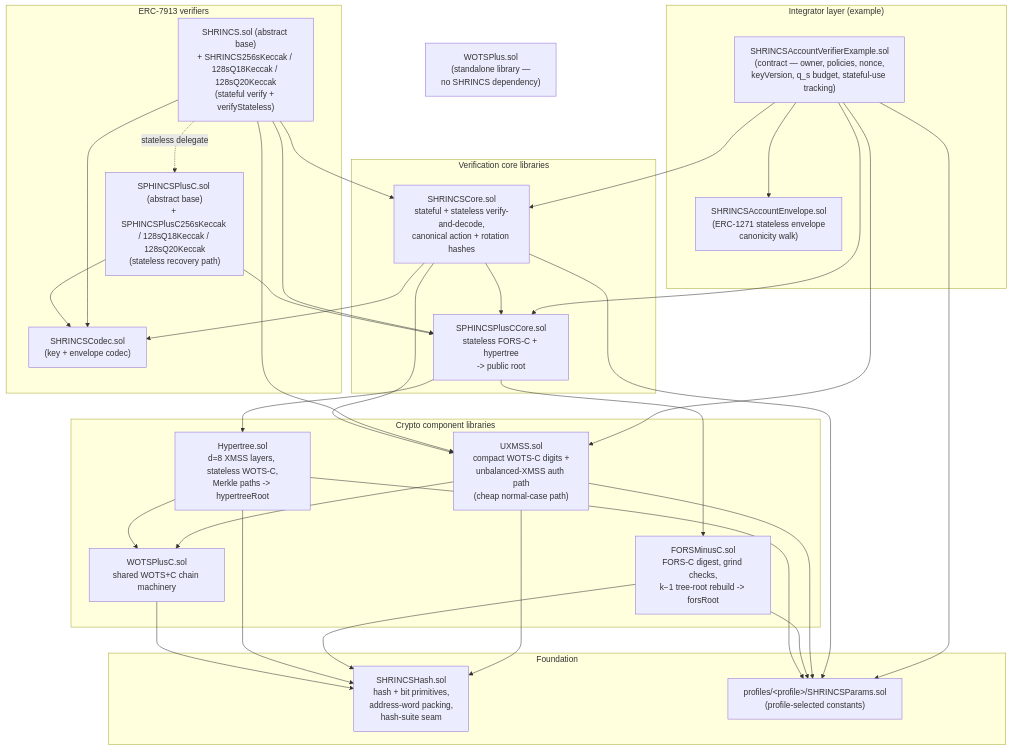
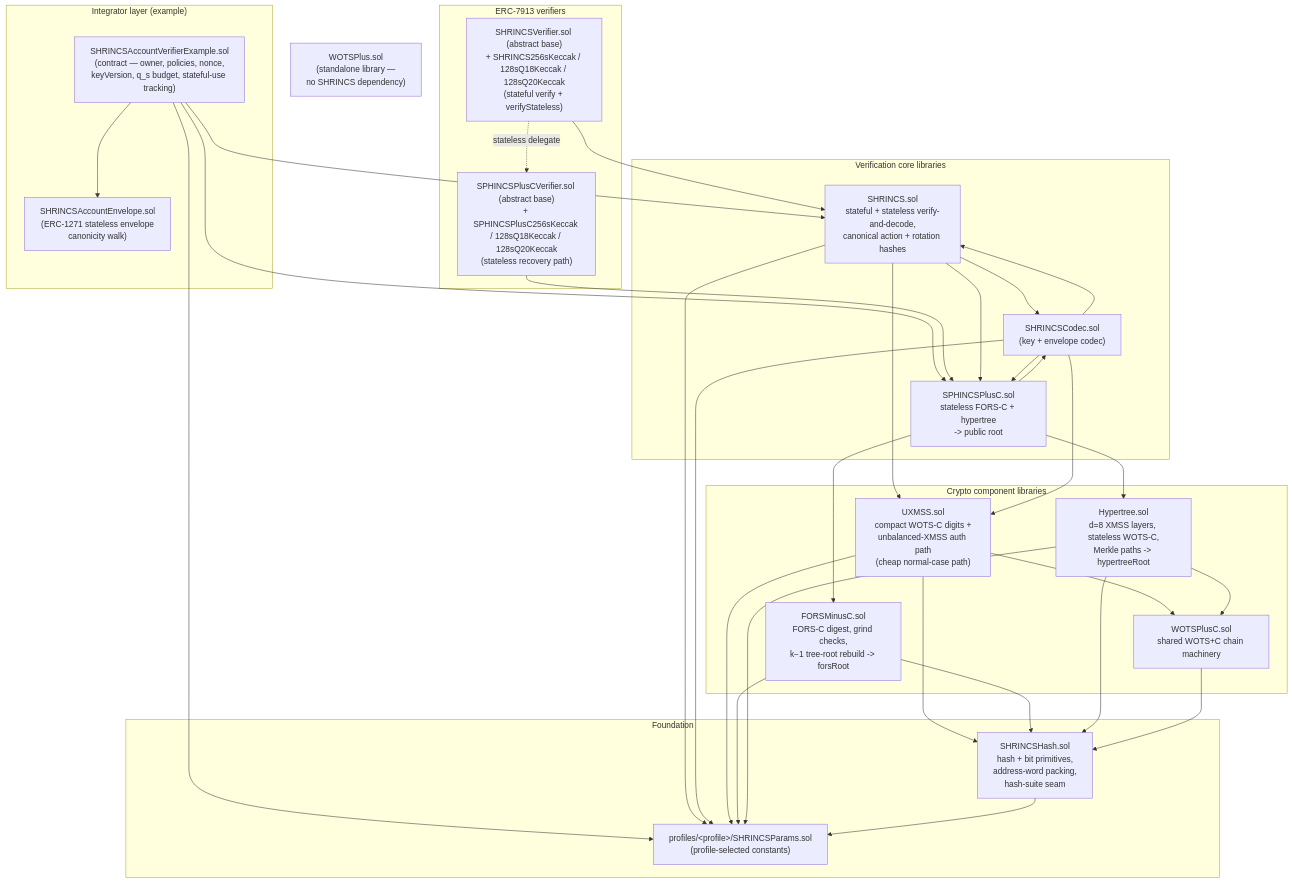
The first of 2 diagrams in README.md (QuipNetwork/hashsigs-solidity), drawn with Mermaid before and after one commit. The commit also changed other lines of this file and 2 other files, not shown here.

````diff
--- a/README.md
+++ b/README.md
@@ -149,60 +149,61 @@
 ```mermaid
 graph TD
     subgraph "Integrator layer (example)"
         EX["SHRINCSAccountVerifierExample.sol<br/>(contract — owner, policies, nonce,<br/>keyVersion, q_s budget, stateful-use tracking)"]
         EN["SHRINCSAccountEnvelope.sol<br/>(ERC-1271 stateless envelope<br/>canonicity walk)"]
     end
 
     subgraph "ERC-7913 verifiers"
-        VF["SHRINCS.sol (abstract base)<br/>+ SHRINCS256sKeccak / 128sQ18Keccak / 128sQ20Keccak<br/>(stateful verify + verifyStateless)"]
-        SP["SPHINCSPlusC.sol (abstract base)<br/>+ SPHINCSPlusC256sKeccak / 128sQ18Keccak / 128sQ20Keccak<br/>(stateless recovery path)"]
-        CO["SHRINCSCodec.sol<br/>(key + envelope codec)"]
+        VF["SHRINCSVerifier.sol (abstract base)<br/>+ SHRINCS256sKeccak / 128sQ18Keccak / 128sQ20Keccak<br/>(stateful verify + verifyStateless)"]
+        SP["SPHINCSPlusCVerifier.sol (abstract base)<br/>+ SPHINCSPlusC256sKeccak / 128sQ18Keccak / 128sQ20Keccak<br/>(stateless recovery path)"]
     end
 
     subgraph "Verification core libraries"
-        FA["SHRINCSCore.sol<br/>stateful + stateless verify-and-decode,<br/>canonical action + rotation hashes"]
-        SC["SPHINCSPlusCCore.sol<br/>stateless FORS-C + hypertree<br/>-> public root"]
+        FA["SHRINCS.sol<br/>stateful + stateless verify-and-decode,<br/>canonical action + rotation hashes"]
+        SC["SPHINCSPlusC.sol<br/>stateless FORS-C + hypertree<br/>-> public root"]
+        CO["SHRINCSCodec.sol<br/>(key + envelope codec)"]
     end
 
     subgraph "Crypto component libraries"
         ST["UXMSS.sol<br/>compact WOTS-C digits +<br/>unbalanced-XMSS auth path<br/>(cheap normal-case path)"]
         FO["FORSMinusC.sol<br/>FORS-C digest, grind checks,<br/>k−1 tree-root rebuild -> forsRoot"]
         HY["Hypertree.sol<br/>d=8 XMSS layers, stateless WOTS-C,<br/>Merkle paths -> hypertreeRoot"]
         WC["WOTSPlusC.sol<br/>shared WOTS+C chain machinery"]
     end
 
     subgraph "Foundation"
         HH["SHRINCSHash.sol<br/>hash + bit primitives,<br/>address-word packing,<br/>hash-suite seam"]
         PA["profiles/&lt;profile&gt;/SHRINCSParams.sol<br/>(profile-selected constants)"]
     end
 
     WP["WOTSPlus.sol<br/>(standalone library —<br/>no SHRINCS dependency)"]
 
     EX --> FA
     EX --> SC
-    EX --> ST
     EX --> PA
     EX --> EN
-    VF --> CO
     VF --> FA
-    VF --> ST
-    VF --> SC
     VF -. stateless delegate .-> SP
-    SP --> CO
     SP --> SC
     FA --> CO
     FA --> ST
     FA --> SC
+    FA --> PA
+    CO --> FA
+    CO --> ST
+    CO --> SC
+    CO --> PA
     SC --> FO
     SC --> HY
+    SC --> CO
     ST --> WC
+    ST --> HH
+    ST --> PA
+    FO --> HH
+    FO --> PA
     HY --> WC
-    ST --> HH
-    FO --> HH
     HY --> HH
+    HY --> PA
     WC --> HH
-    FA --> PA
-    ST --> PA
-    FO --> PA
-    HY --> PA
+    HH --> PA
 ```
````
